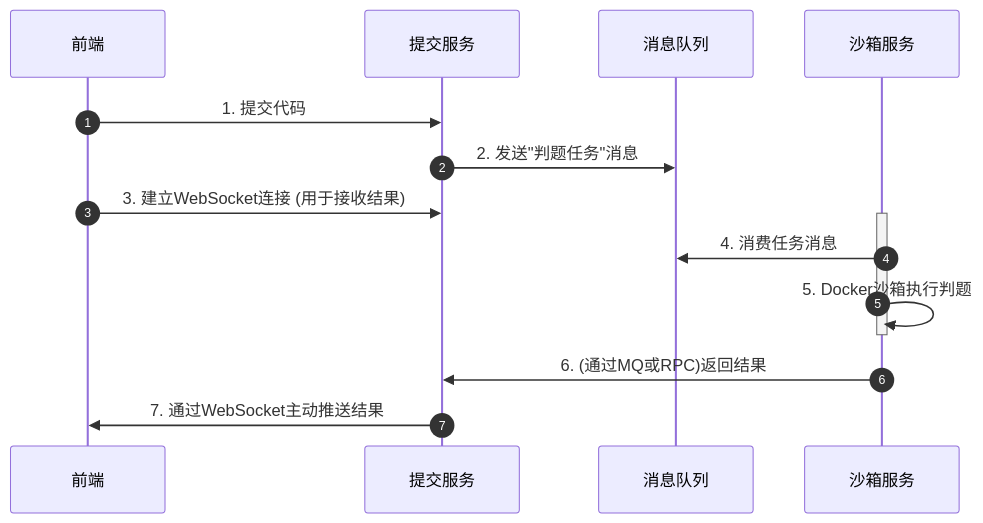
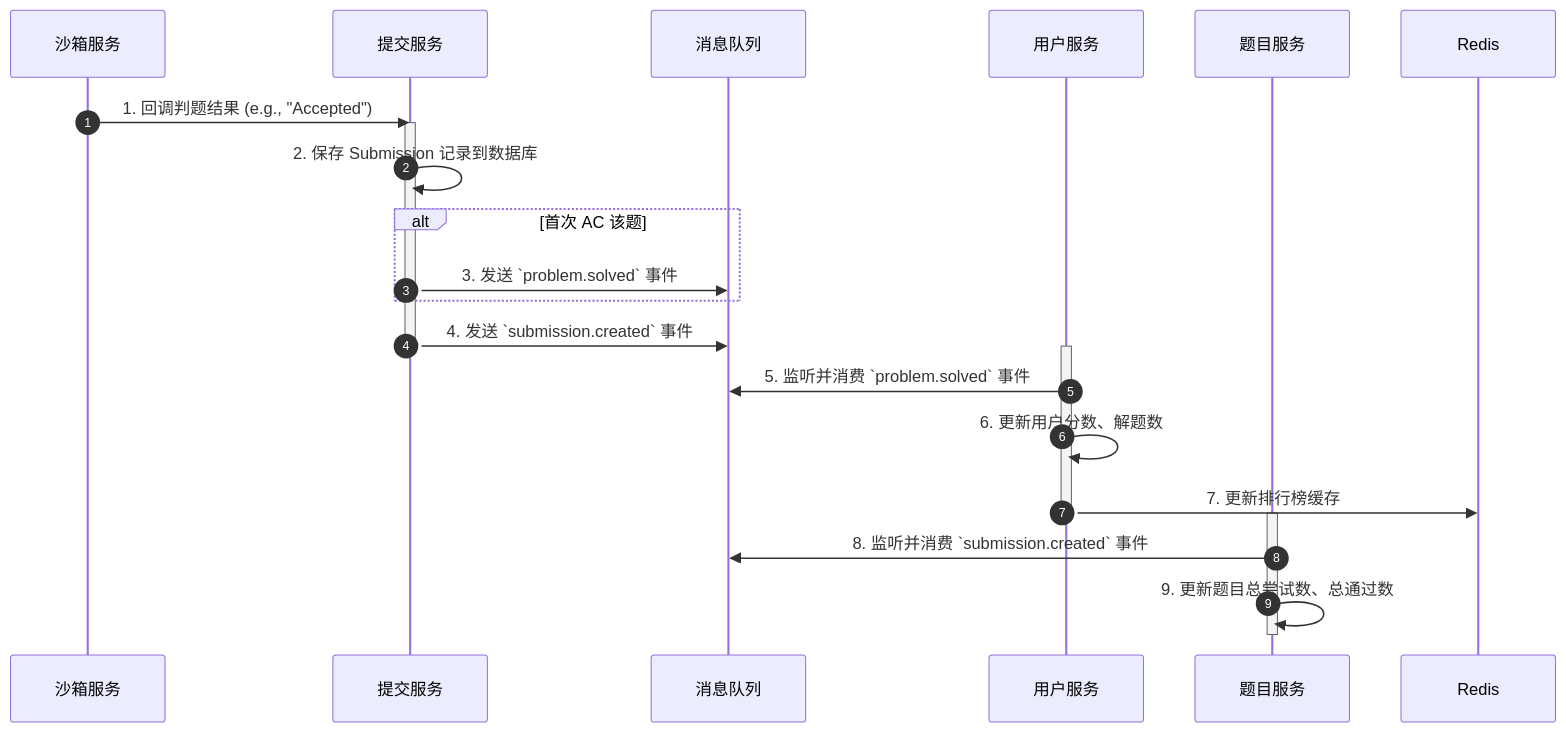
Before and after one commit to Decade-qiu/D-OnlineJudge: the second of 3 diagrams in docs/0.technology.md, drawn with Mermaid. The commit also changed other lines of this file and 2 other files, not shown here.

Commit message:
:memo: docs: update architecture and deployment guides

````diff
--- a/docs/0.technology.md
+++ b/docs/0.technology.md
@@ -84,20 +86,29 @@
 ```mermaid
 sequenceDiagram
     autonumber
-    participant FE as 前端
+    participant Sandbox as 沙箱服务
     participant Submission as 提交服务
-    participant MQ as 消息队列
-    participant Sandbox as 沙箱服务
+    participant RabbitMQ as 消息队列
+    participant User as 用户服务
+    participant Problem as 题目服务
 
-    FE->>Submission: 1. 提交代码
-    Submission->>MQ: 2. 发送"判题任务"消息
-    FE->>Submission: 3. 建立WebSocket连接 (用于接收结果)
-    
-    activate Sandbox
-    Sandbox->>MQ: 4. 消费任务消息
-    Sandbox->>Sandbox: 5. Docker沙箱执行判题
-    deactivate Sandbox
-    
-    Sandbox->>Submission: 6. (通过MQ或RPC)返回结果
-    Submission->>FE: 7. 通过WebSocket主动推送结果
+    Sandbox->>Submission: 1. 回调判题结果 (e.g., "Accepted")
+    activate Submission
+    Submission->>Submission: 2. 保存 Submission 记录到数据库
+    alt 首次 AC 该题
+        Submission->>RabbitMQ: 3. 发送 `problem.solved` 事件
+    end
+    Submission->>RabbitMQ: 4. 发送 `submission.created` 事件
+    deactivate Submission
+
+    activate User
+    User->>RabbitMQ: 5. 监听并消费 `problem.solved` 事件
+    User->>User: 6. 更新用户分数、解题数
+    User->>Redis: 7. 更新排行榜缓存
+    deactivate User
+
+    activate Problem
+    Problem->>RabbitMQ: 8. 监听并消费 `submission.created` 事件
+    Problem->>Problem: 9. 更新题目总尝试数、总通过数
+    deactivate Problem
 ```
````
